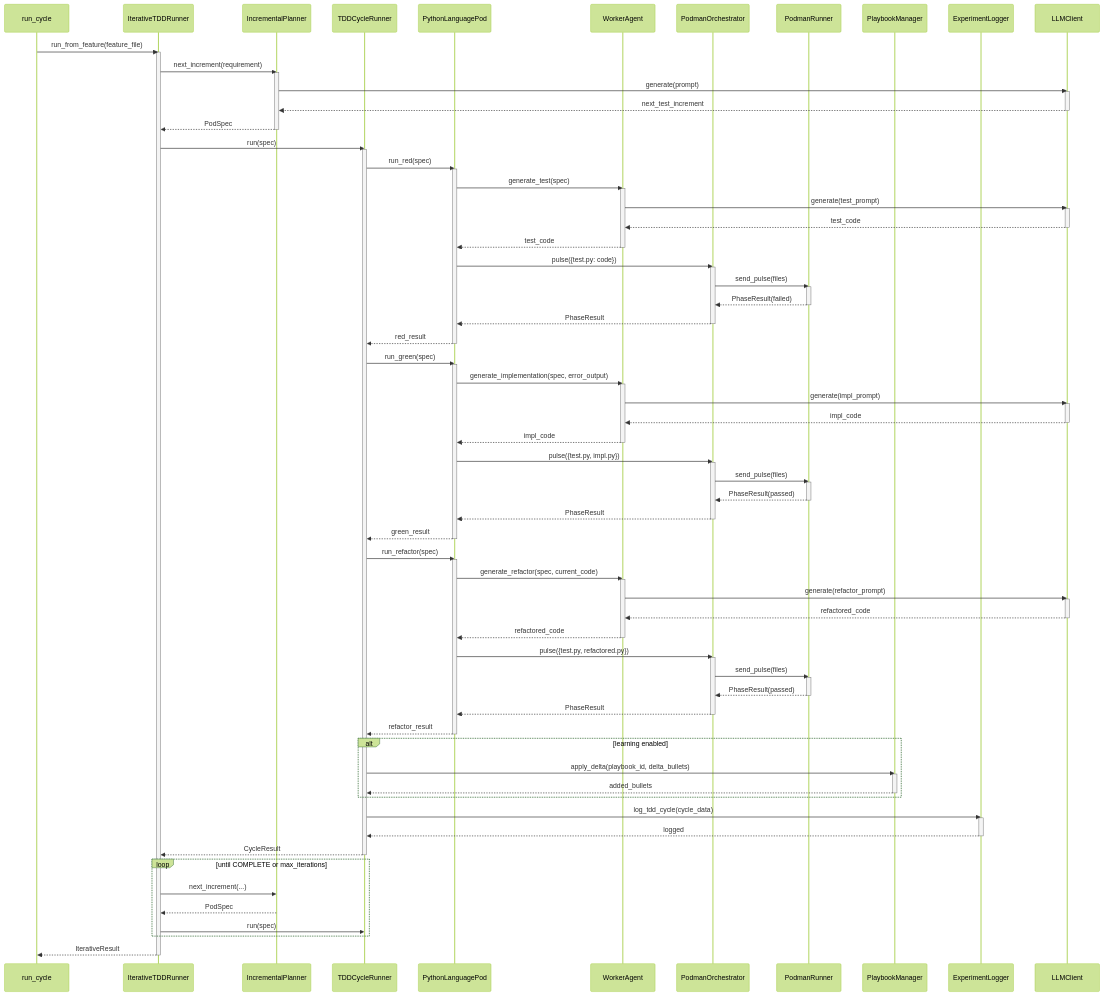
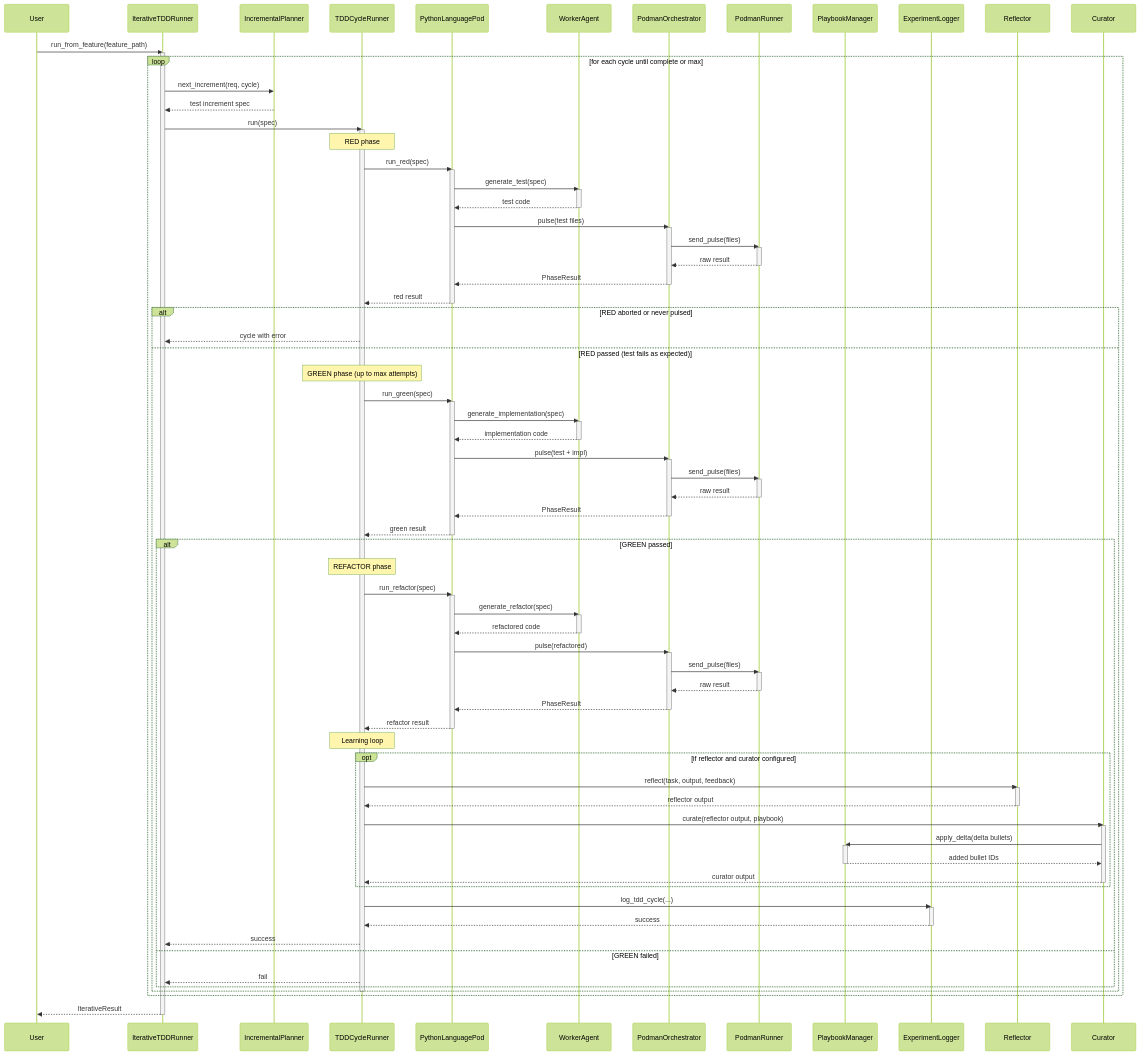
One commit to carlhuxley/ace_enterprise changed the diagram in docs/SYSTEM_ARCHITECTURE.md. Above: the diagram before and after it, drawn with Mermaid (forest theme). The commit also changed other lines of this file and 559 other files, not shown here.

````diff
--- a/docs/SYSTEM_ARCHITECTURE.md
+++ b/docs/SYSTEM_ARCHITECTURE.md
@@ -53,112 +43,106 @@
 ```mermaid
 sequenceDiagram
-    participant Main as run_cycle
-    participant Runner as IterativeTDDRunner
-    participant Planner as IncrementalPlanner
-    participant Cycle as TDDCycleRunner
-    participant Pod as PythonLanguagePod
-    participant Worker as WorkerAgent
-    participant Orch as PodmanOrchestrator
-    participant Cont as PodmanRunner
-    participant Playbook as PlaybookManager
-    participant Logger as ExperimentLogger
-    participant LLM as LLMClient
+    participant User
+    participant IterativeTDDRunner
+    participant IncrementalPlanner
+    participant TDDCycleRunner
+    participant PythonLanguagePod
+    participant WorkerAgent
+    participant PodmanOrchestrator
+    participant PodmanRunner
+    participant PlaybookManager
+    participant ExperimentLogger
+    participant Reflector
+    participant Curator
 
-    Main->>Runner: run_from_feature(feature_file)
-    activate Runner
-    Runner->>Planner: next_increment(requirement)
-    activate Planner
-    Planner->>LLM: generate(prompt)
-    activate LLM
-    LLM-->>Planner: next_test_increment
-    deactivate LLM
-    Planner-->>Runner: PodSpec
-    deactivate Planner
-    Runner->>Cycle: run(spec)
-    activate Cycle
-
-    Cycle->>Pod: run_red(spec)
-    activate Pod
-    Pod->>Worker: generate_test(spec)
-    activate Worker
-    Worker->>LLM: generate(test_prompt)
-    activate LLM
-    LLM-->>Worker: test_code
-    deactivate LLM
-    Worker-->>Pod: test_code
-    deactivate Worker
-    Pod->>Orch: pulse({test.py: code})
-    activate Orch
-    Orch->>Cont: send_pulse(files)
-    activate Cont
-    Cont-->>Orch: PhaseResult(failed)
-    deactivate Cont
-    Orch-->>Pod: PhaseResult
-    deactivate Orch
-    Pod-->>Cycle: red_result
-    deactivate Pod
-
-    Cycle->>Pod: run_green(spec)
-    activate Pod
-    Pod->>Worker: generate_implementation(spec, error_output)
-    activate Worker
-    Worker->>LLM: generate(impl_prompt)
-    activate LLM
-    LLM-->>Worker: impl_code
-    deactivate LLM
-    Worker-->>Pod: impl_code
-    deactivate Worker
-    Pod->>Orch: pulse({test.py, impl.py})
-    activate Orch
-    Orch->>Cont: send_pulse(files)
-    activate Cont
-    Cont-->>Orch: PhaseResult(passed)
-    deactivate Cont
-    Orch-->>Pod: PhaseResult
-    deactivate Orch
-    Pod-->>Cycle: green_result
-    deactivate Pod
-
-    Cycle->>Pod: run_refactor(spec)
-    activate Pod
-    Pod->>Worker: generate_refactor(spec, current_code)
-    activate Worker
-    Worker->>LLM: generate(refactor_prompt)
-    activate LLM
-    LLM-->>Worker: refactored_code
-    deactivate LLM
-    Worker-->>Pod: refactored_code
-    deactivate Worker
-    Pod->>Orch: pulse({test.py, refactored.py})
-    activate Orch
-    Orch->>Cont: send_pulse(files)
-    activate Cont
-    Cont-->>Orch: PhaseResult(passed)
-    deactivate Cont
-    Orch-->>Pod: PhaseResult
-    deactivate Orch
-    Pod-->>Cycle: refactor_result
-    deactivate Pod
-
-    alt learning enabled
-        Cycle->>Playbook: apply_delta(playbook_id, delta_bullets)
-        activate Playbook
-        Playbook-->>Cycle: added_bullets
-        deactivate Playbook
+    User->>IterativeTDDRunner: run_from_feature(feature_path)
+    activate IterativeTDDRunner
+    loop for each cycle until complete or max
+        IterativeTDDRunner->>IncrementalPlanner: next_increment(req, cycle)
+        IncrementalPlanner-->>IterativeTDDRunner: test increment spec
+        IterativeTDDRunner->>TDDCycleRunner: run(spec)
+        activate TDDCycleRunner
+        Note over TDDCycleRunner: RED phase
+        TDDCycleRunner->>PythonLanguagePod: run_red(spec)
+        activate PythonLanguagePod
+        PythonLanguagePod->>WorkerAgent: generate_test(spec)
+        activate WorkerAgent
+        WorkerAgent-->>PythonLanguagePod: test code
+        deactivate WorkerAgent
+        PythonLanguagePod->>PodmanOrchestrator: pulse(test files)
+        activate PodmanOrchestrator
+        PodmanOrchestrator->>PodmanRunner: send_pulse(files)
+        activate PodmanRunner
+        PodmanRunner-->>PodmanOrchestrator: raw result
+        deactivate PodmanRunner
+        PodmanOrchestrator-->>PythonLanguagePod: PhaseResult
+        deactivate PodmanOrchestrator
+        PythonLanguagePod-->>TDDCycleRunner: red result
+        deactivate PythonLanguagePod
+        alt RED aborted or never pulsed
+            TDDCycleRunner-->>IterativeTDDRunner: cycle with error
+        else RED passed (test fails as expected)
+            Note over TDDCycleRunner: GREEN phase (up to max attempts)
+            TDDCycleRunner->>PythonLanguagePod: run_green(spec)
+            activate PythonLanguagePod
+            PythonLanguagePod->>WorkerAgent: generate_implementation(spec)
+            activate WorkerAgent
+            WorkerAgent-->>PythonLanguagePod: implementation code
+            deactivate WorkerAgent
+            PythonLanguagePod->>PodmanOrchestrator: pulse(test + impl)
+            activate PodmanOrchestrator
+            PodmanOrchestrator->>PodmanRunner: send_pulse(files)
+            activate PodmanRunner
+            PodmanRunner-->>PodmanOrchestrator: raw result
+            deactivate PodmanRunner
+            PodmanOrchestrator-->>PythonLanguagePod: PhaseResult
+            deactivate PodmanOrchestrator
+            PythonLanguagePod-->>TDDCycleRunner: green result
+            deactivate PythonLanguagePod
+            alt GREEN passed
+                Note over TDDCycleRunner: REFACTOR phase
+                TDDCycleRunner->>PythonLanguagePod: run_refactor(spec)
+                activate PythonLanguagePod
+                PythonLanguagePod->>WorkerAgent: generate_refactor(spec)
+                activate WorkerAgent
+                WorkerAgent-->>PythonLanguagePod: refactored code
+                deactivate WorkerAgent
+                PythonLanguagePod->>PodmanOrchestrator: pulse(refactored)
+                activate PodmanOrchestrator
+                PodmanOrchestrator->>PodmanRunner: send_pulse(files)
+                activate PodmanRunner
+                PodmanRunner-->>PodmanOrchestrator: raw result
+                deactivate PodmanRunner
+                PodmanOrchestrator-->>PythonLanguagePod: PhaseResult
+                deactivate PodmanOrchestrator
+                PythonLanguagePod-->>TDDCycleRunner: refactor result
+                deactivate PythonLanguagePod
+                Note over TDDCycleRunner: Learning loop
+                opt if reflector and curator configured
+                    TDDCycleRunner->>Reflector: reflect(task, output, feedback)
+                    activate Reflector
+                    Reflector-->>TDDCycleRunner: reflector output
+                    deactivate Reflector
+                    TDDCycleRunner->>Curator: curate(reflector output, playbook)
+                    activate Curator
+                    Curator->>PlaybookManager: apply_delta(delta bullets)
+                    activate PlaybookManager
+                    PlaybookManager-->>Curator: added bullet IDs
+                    deactivate PlaybookManager
+                    Curator-->>TDDCycleRunner: curator output
+                    deactivate Curator
+                end
+                TDDCycleRunner->>ExperimentLogger: log_tdd_cycle(...)
+                activate ExperimentLogger
+                ExperimentLogger-->>TDDCycleRunner: success
+                deactivate ExperimentLogger
+                TDDCycleRunner-->>IterativeTDDRunner: success
+            else GREEN failed
+                TDDCycleRunner-->>IterativeTDDRunner: fail
+            end
+        end
+        deactivate TDDCycleRunner
     end
-    Cycle->>Logger: log_tdd_cycle(cycle_data)
-    activate Logger
-    Logger-->>Cycle: logged
-    deactivate Logger
-    Cycle-->>Runner: CycleResult
-    deactivate Cycle
-
-    loop until COMPLETE or max_iterations
-        Runner->>Planner: next_increment(...)
-        Planner-->>Runner: PodSpec
-        Runner->>Cycle: run(spec)
-    end
-
-    Runner-->>Main: IterativeResult
-    deactivate Runner
+    IterativeTDDRunner-->>User: IterativeResult
+    deactivate IterativeTDDRunner
 ```
````
